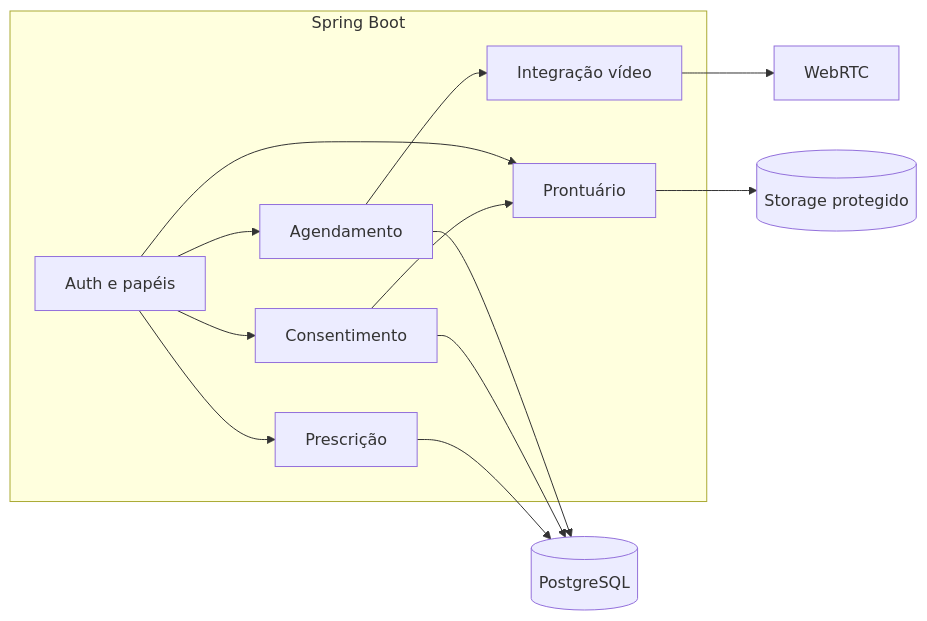
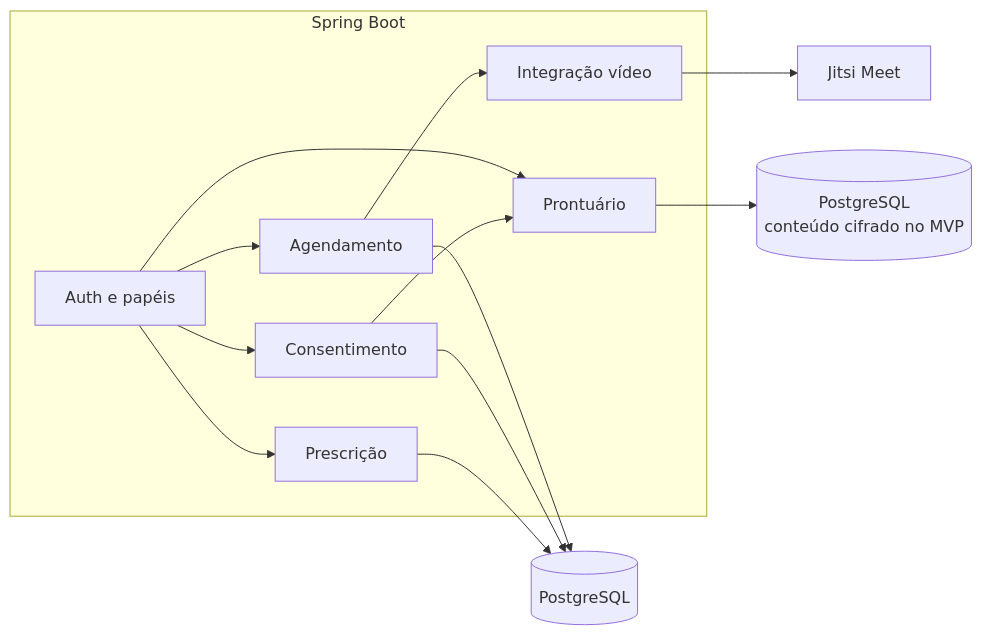
Before and after one commit to iagobcosta/vida-conecta: the second of 3 diagrams in README.md, drawn with Mermaid. The commit also changed other lines of this file and 7 other files, not shown here.

````diff
--- a/README.md
+++ b/README.md
@@ -85,23 +85,23 @@
 ```mermaid
 flowchart LR
   subgraph api [Spring Boot]
     AUTH[Auth e papéis]
     AG[Agendamento]
     CONS[Consentimento]
     PRONT[Prontuário]
     RX[Prescrição]
     VID[Integração vídeo]
   end
 
   AUTH --> AG
   AUTH --> CONS
   AUTH --> PRONT
   AUTH --> RX
   AG --> VID
   CONS --> PRONT
-  PRONT --> EHR[(Storage protegido)]
+  PRONT --> EHR[(PostgreSQL<br/>conteúdo cifrado no MVP)]
   AG --> PG[(PostgreSQL)]
   CONS --> PG
   RX --> PG
-  VID --> SFU[WebRTC]
+  VID --> JITSI[Jitsi Meet]
 ```
````
